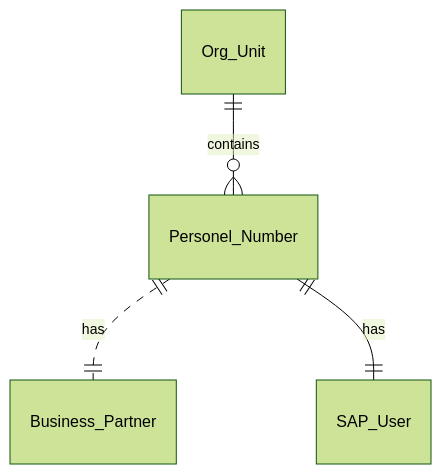
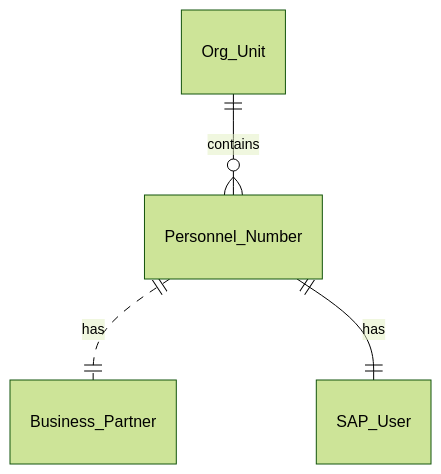
The second of 2 diagrams in ERP/PM/pm_org_levels.md (qurm/sap-diagrams), drawn with Mermaid (forest theme) before and after one commit. The commit also changed 8 other files, not shown here.

````diff
--- a/ERP/PM/pm_org_levels.md
+++ b/ERP/PM/pm_org_levels.md
@@ -21,6 +21,6 @@
 ```mermaid
 erDiagram
-    Org_Unit ||--o{ Personel_Number : contains 
-    Personel_Number ||..|| Business_Partner : has 
-    Personel_Number ||--|| SAP_User : has 
+    Org_Unit ||--o{ Personnel_Number : contains 
+    Personnel_Number ||..|| Business_Partner : has 
+    Personnel_Number ||--|| SAP_User : has 
 ```
````
